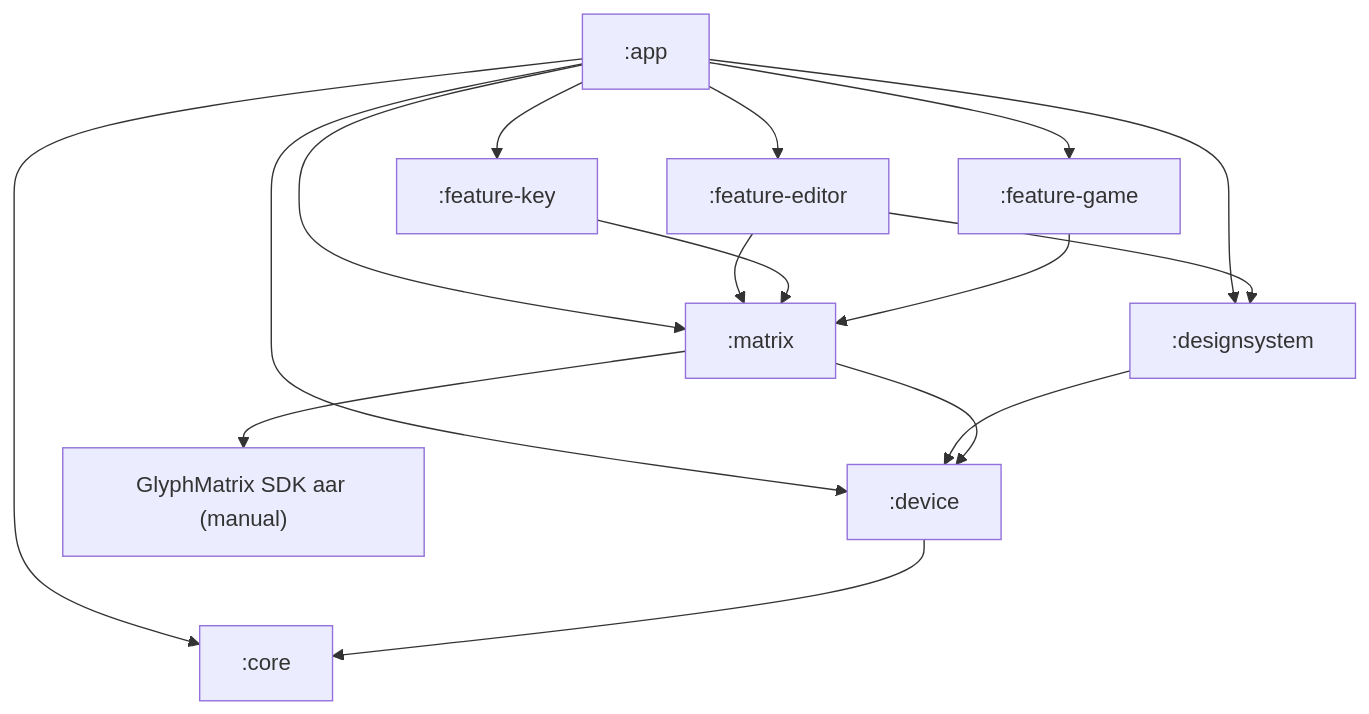
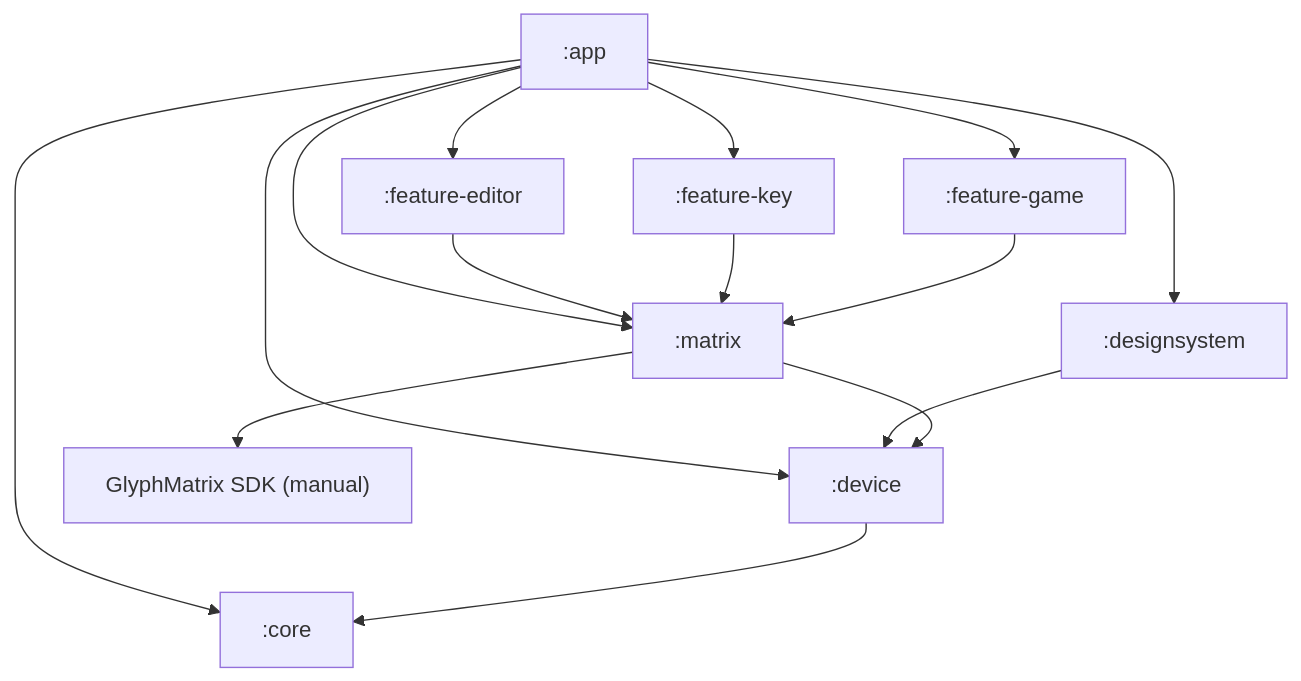
One commit to kavastore/nothing-dot changed the diagram in README.md. Above: the diagram before and after it, drawn with Mermaid. The commit also changed other lines of this file, not shown here.

````diff
--- a/README.md
+++ b/README.md
@@ -118,18 +84,17 @@
 ```mermaid
 graph TD
   app[":app"] --> fEditor[":feature-editor"]
   app --> fKey[":feature-key"]
   app --> fGame[":feature-game"]
   app --> ds[":designsystem"]
   app --> matrix[":matrix"]
   app --> device[":device"]
   app --> core[":core"]
   fEditor --> matrix
-  fEditor --> ds
   fKey --> matrix
   fGame --> matrix
   ds --> device
   matrix --> device
-  matrix --> aar["GlyphMatrix SDK aar (manual)"]
+  matrix --> aar["GlyphMatrix SDK (manual)"]
   device --> core
 ```
````
